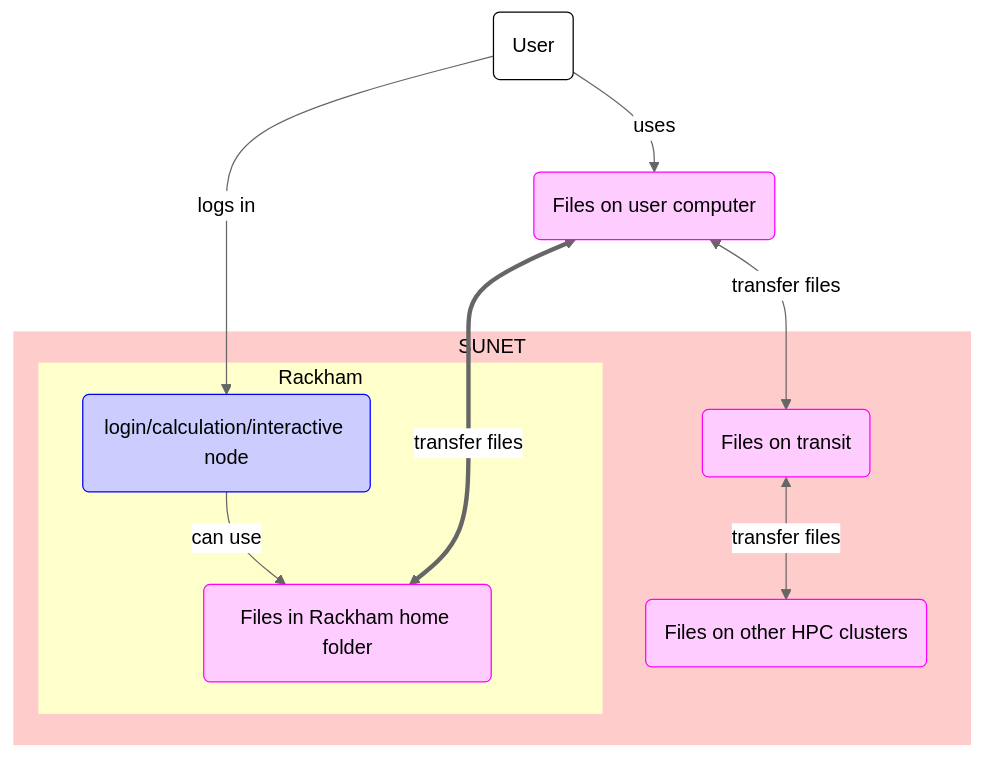
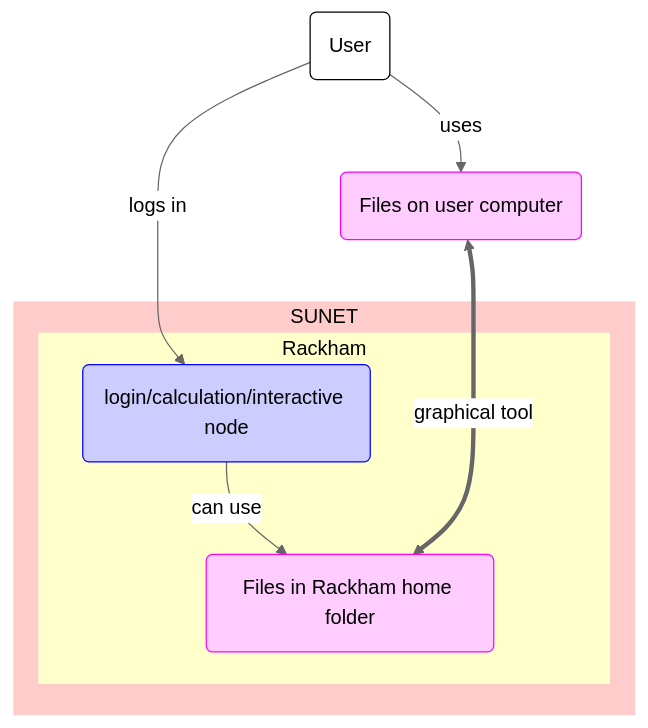
One commit to UPPMAX/UPPMAX-documentation changed the diagram in docs/cluster_guides/rackham_file_transfer_using_gui.md. Above: the diagram before and after it, drawn with Mermaid (neutral theme). The commit also changed other lines of this file and 3 other files, not shown here.

````diff
--- a/docs/cluster_guides/rackham_file_transfer_using_gui.md
+++ b/docs/cluster_guides/rackham_file_transfer_using_gui.md
@@ -16,34 +112,36 @@
 ```mermaid
 flowchart TD
 
     %% Give a white background to all nodes, instead of a transparent one
     classDef node fill:#fff,color:#000,stroke:#000
 
     %% Graph nodes for files and calculations
     classDef file_node fill:#fcf,color:#000,stroke:#f0f
     classDef calculation_node fill:#ccf,color:#000,stroke:#00f
 
     user(User)
       user_local_files(Files on user computer):::file_node
 
     subgraph sub_inside[SUNET]
       subgraph sub_rackham_shared_env[Rackham]
           login_node(login/calculation/interactive node):::calculation_node
           files_in_rackham_home(Files in Rackham home folder):::file_node
       end
-      files_on_transit(Files on transit):::file_node
-      files_on_other_clusters(Files on other HPC clusters):::file_node
     end
 
     %% Shared subgraph color scheme
     %% style sub_outside fill:#ccc,color:#000,stroke:#ccc
     style sub_inside fill:#fcc,color:#000,stroke:#fcc
     style sub_rackham_shared_env fill:#ffc,color:#000,stroke:#ffc
 
     user --> |logs in |login_node
     user --> |uses| user_local_files
-    user_local_files <--> |transfer files|files_on_transit
-    files_on_transit <--> |transfer files|files_on_other_clusters
+
     login_node --> |can use|files_in_rackham_home
-    user_local_files <==> |transfer files|files_in_rackham_home
+    user_local_files <==> |graphical tool|files_in_rackham_home
+    %% user_local_files <--> |SCP|files_in_rackham_home
+    %% user_local_files <--> |SFTP|files_in_rackham_home
+
+    %% Aligns nodes prettier
+    user_local_files ~~~ login_node
 ```
````
